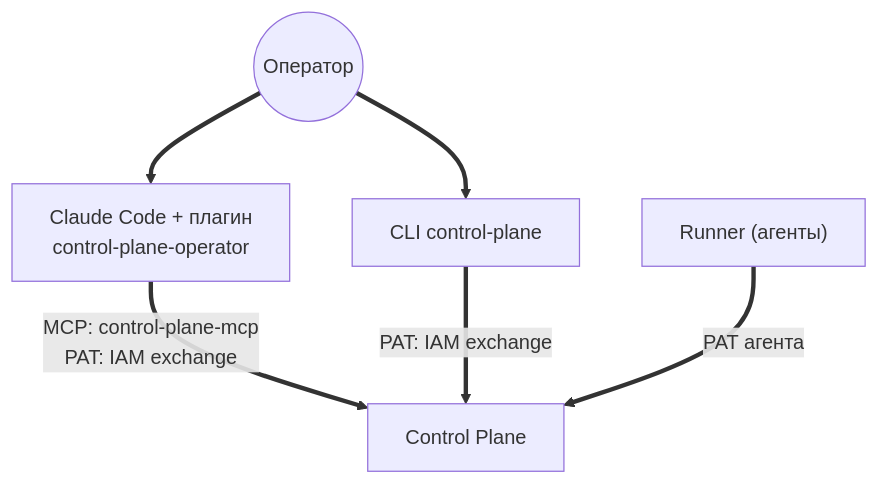
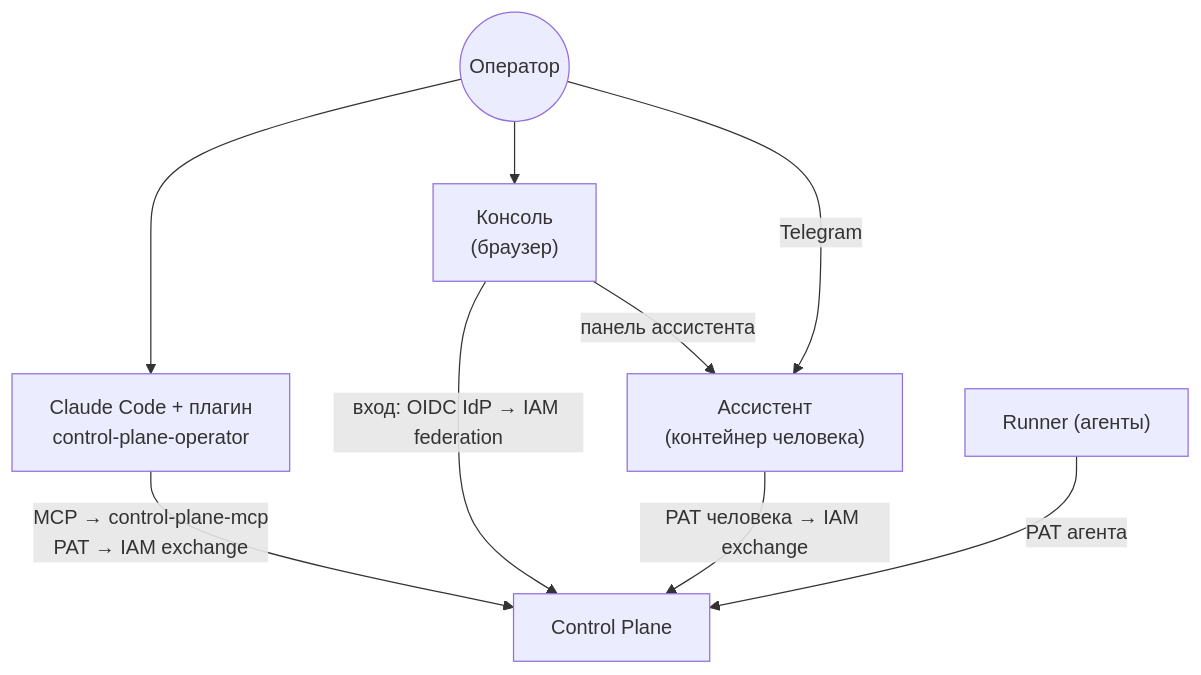
The diagram in guide/docs/operator/index.ru.md (taimen-ai/taimen), drawn with Mermaid before and after one commit. The commit also changed other lines of this file and 123 other files, not shown here.

````diff
--- a/guide/docs/operator/index.ru.md
+++ b/guide/docs/operator/index.ru.md
@@ -29,9 +30,12 @@
 ```mermaid
 flowchart TB
     H(("Оператор"))
-    H ==> P["Claude Code + плагин<br/>control-plane-operator"]
-    H ==> L["CLI control-plane"]
-    P == "MCP: control-plane-mcp<br/>PAT: IAM exchange" ==> CP["Control Plane"]
-    L == "PAT: IAM exchange" ==> CP
-    R["Runner (агенты)"] == "PAT агента" ==> CP
+    H --> P["Claude Code + плагин<br/>control-plane-operator"]
+    P -- "MCP → control-plane-mcp<br/>PAT → IAM exchange" --> CP["Control Plane"]
+    H --> K["Консоль<br/>(браузер)"]
+    K -- "вход: OIDC IdP → IAM federation" --> CP
+    K -- "панель ассистента" --> A["Ассистент<br/>(контейнер человека)"]
+    H -- "Telegram" --> A
+    A -- "PAT человека → IAM exchange" --> CP
+    R["Runner (агенты)"] -- "PAT агента" --> CP
 ```
````
